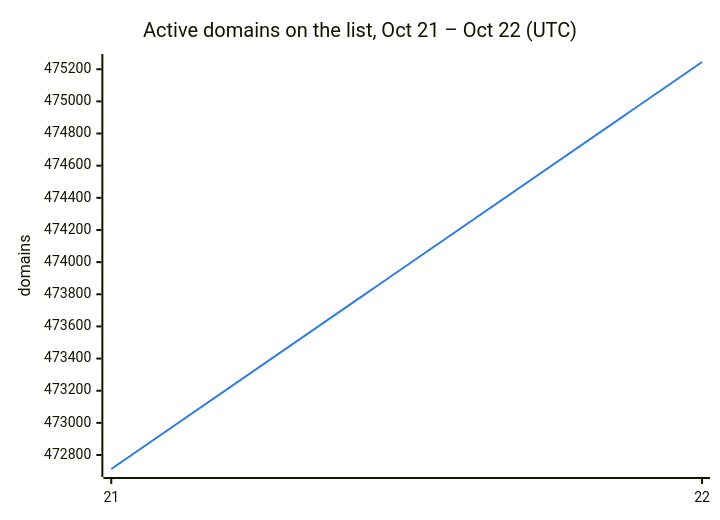
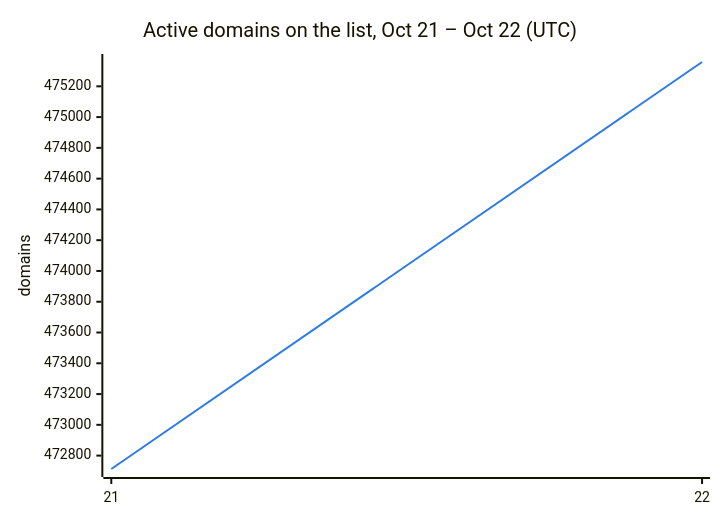
The second of 3 diagrams in README.md (DNSBunker/CTI), drawn with Mermaid before and after one commit. The commit also changed other lines of this file and 3 other files, not shown here.

````diff
--- a/README.md
+++ b/README.md
@@ -38,8 +38,8 @@
 ```mermaid
 %%{init: {"themeVariables": {"xyChart": {"plotColorPalette": "#2c7be5"}}}}%%
 xychart-beta
     title "Active domains on the list, Oct 21 – Oct 22 (UTC)"
     x-axis ["21", "22"]
     y-axis "domains"
-    line [472713, 475245]
+    line [472713, 475358]
 ```
````
